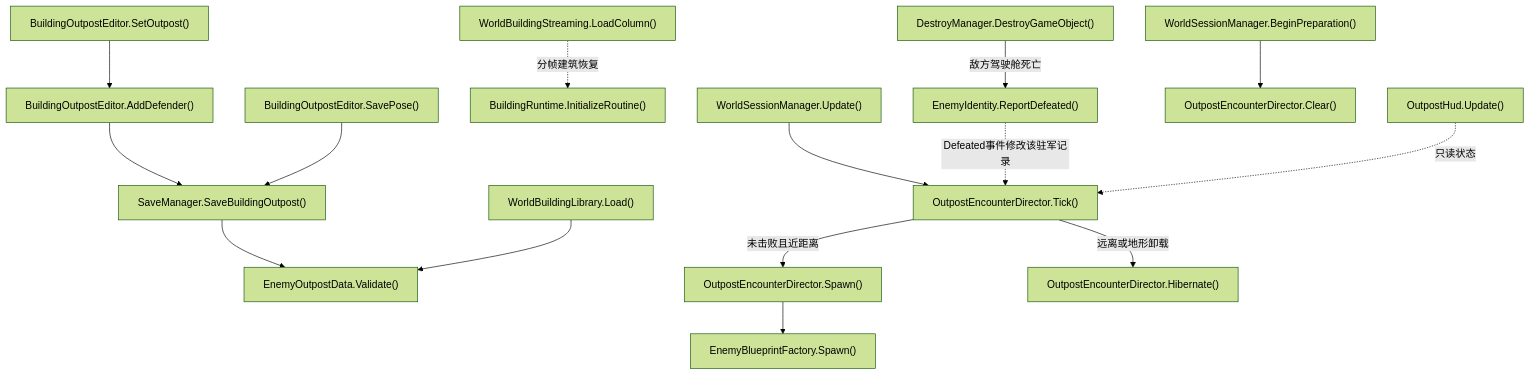
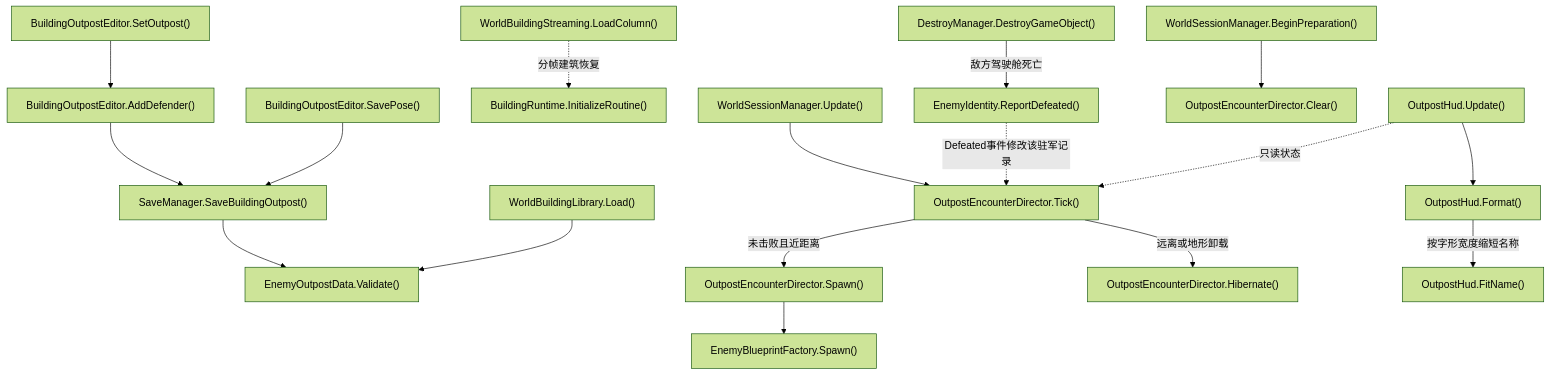
One commit to kukudia/HY-Sandbox changed diagram 24 of 27 in Docs/RuntimeFlow.md. Above: the diagram before and after it, drawn with Mermaid (forest theme). The commit also changed other lines of this file and 17 other files, not shown here.

First line of the commit message:
fix: preserve regrouped world poses and readable outpost status

````diff
--- a/Docs/RuntimeFlow.md
+++ b/Docs/RuntimeFlow.md
@@ -2183,53 +2183,59 @@
 ```mermaid
 flowchart TD
     A["BuildingOutpostEditor.SetOutpost()"]
     click A "../Assets/Scripts/Features/Building/BuildingOutpostEditor.cs#L133" "打开源码"
     B["BuildingOutpostEditor.AddDefender()"]
     click B "../Assets/Scripts/Features/Building/BuildingOutpostEditor.cs#L150" "打开源码"
     C["BuildingOutpostEditor.SavePose()"]
     click C "../Assets/Scripts/Features/Building/BuildingOutpostEditor.cs#L196" "打开源码"
     D["SaveManager.SaveBuildingOutpost()"]
     click D "../Assets/Scripts/Features/Building/SaveManager.cs#L147" "打开源码"
     E["EnemyOutpostData.Validate()"]
     click E "../Assets/Scripts/Features/World/EnemyOutpostData.cs#L13" "打开源码"
     F["WorldBuildingLibrary.Load()"]
     click F "../Assets/Scripts/Features/World/WorldBuildingLibrary.cs#L119" "打开源码"
     G["WorldBuildingStreaming.LoadColumn()"]
     click G "../Assets/Scripts/Features/World/WorldBuildingStreaming.cs#L34" "打开源码"
     H["BuildingRuntime.InitializeRoutine()"]
     click H "../Assets/Scripts/Features/World/BuildingRuntime.cs#L41" "打开源码"
     I["WorldSessionManager.Update()"]
     click I "../Assets/Scripts/Features/World/WorldSessionManager.cs#L416" "打开源码"
     J["OutpostEncounterDirector.Tick()"]
-    click J "../Assets/Scripts/Features/World/OutpostEncounterDirector.cs#L48" "打开源码"
+    click J "../Assets/Scripts/Features/World/OutpostEncounterDirector.cs#L51" "打开源码"
     K["OutpostEncounterDirector.Spawn()"]
-    click K "../Assets/Scripts/Features/World/OutpostEncounterDirector.cs#L152" "打开源码"
+    click K "../Assets/Scripts/Features/World/OutpostEncounterDirector.cs#L161" "打开源码"
     L["EnemyBlueprintFactory.Spawn()"]
     click L "../Assets/Scripts/Features/Combat/EnemyBlueprintFactory.cs#L41" "打开源码"
     M["OutpostEncounterDirector.Hibernate()"]
-    click M "../Assets/Scripts/Features/World/OutpostEncounterDirector.cs#L241" "打开源码"
+    click M "../Assets/Scripts/Features/World/OutpostEncounterDirector.cs#L251" "打开源码"
     N["DestroyManager.DestroyGameObject()"]
     click N "../Assets/Scripts/Features/Combat/DestroyManager.cs#L30" "打开源码"
     O["EnemyIdentity.ReportDefeated()"]
     click O "../Assets/Scripts/Features/Combat/EnemyIdentity.cs#L9" "打开源码"
     P["OutpostEncounterDirector.Clear()"]
-    click P "../Assets/Scripts/Features/World/OutpostEncounterDirector.cs#L287" "打开源码"
+    click P "../Assets/Scripts/Features/World/OutpostEncounterDirector.cs#L297" "打开源码"
     Q["WorldSessionManager.BeginPreparation()"]
     click Q "../Assets/Scripts/Features/World/WorldSessionManager.cs#L85" "打开源码"
     R["OutpostHud.Update()"]
-    click R "../Assets/Scripts/Features/World/OutpostHud.cs#L13" "打开源码"
+    click R "../Assets/Scripts/Features/World/OutpostHud.cs#L14" "打开源码"
+    S["OutpostHud.Format()"]
+    click S "../Assets/Scripts/Features/World/OutpostHud.cs#L26" "打开源码"
+    T["OutpostHud.FitName()"]
+    click T "../Assets/Scripts/Features/World/OutpostHud.cs#L41" "打开源码"
     A --> B
     B --> D
     C --> D
     D --> E
     F --> E
     G -.->|分帧建筑恢复| H
     I --> J
     J -->|未击败且近距离| K
     K --> L
     J -->|远离或地形卸载| M
     N -->|敌方驾驶舱死亡| O
     O -.->|Defeated事件修改该驻军记录| J
     Q --> P
     R -.->|只读状态| J
+    R --> S
+    S -->|按字形宽度缩短名称| T
 ```
````
